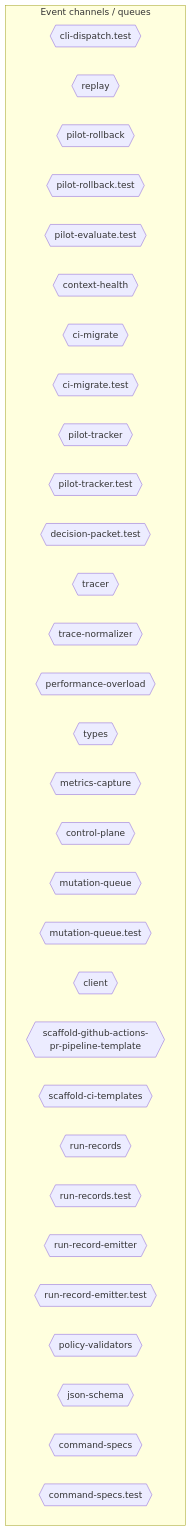
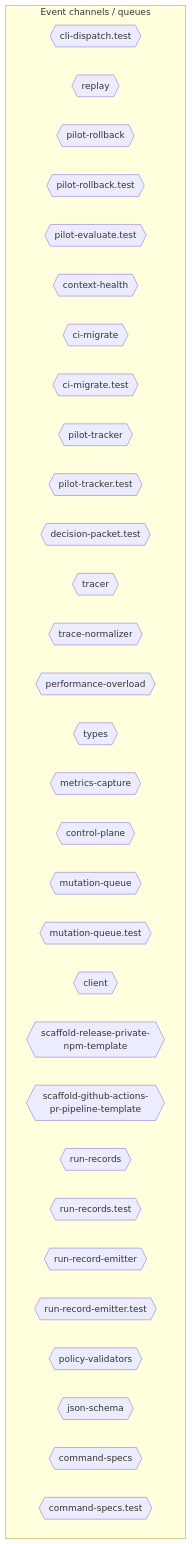
The sixth of 10 diagrams in AI/context/diagram-context.md (jscraik/coding-harness), drawn with Mermaid before and after one commit. The commit also changed other lines of this file and 4 other files, not shown here.

First line of the commit message:
refactor(init): extract private npm release renderer

````diff
--- a/AI/context/diagram-context.md
+++ b/AI/context/diagram-context.md
@@ -2055,37 +2058,37 @@
 ```mermaid
 flowchart TD
   subgraph Channels["Event channels / queues"]
     cli_dispatch_test_54c9f17b{{"cli-dispatch.test"}}
     replay_ac203c98{{"replay"}}
     pilot_rollback_00c1f82c{{"pilot-rollback"}}
     pilot_rollback_test_e61d5a2b{{"pilot-rollback.test"}}
     pilot_evaluate_test_a2ac06fc{{"pilot-evaluate.test"}}
     context_health_80bb7da9{{"context-health"}}
     ci_migrate_78bb70b1{{"ci-migrate"}}
     ci_migrate_test_2a015bb9{{"ci-migrate.test"}}
     pilot_tracker_5c767813{{"pilot-tracker"}}
     pilot_tracker_test_80398a66{{"pilot-tracker.test"}}
     decision_packet_test_9ea0e97b{{"decision-packet.test"}}
     tracer_1e6243a2{{"tracer"}}
     trace_normalizer_cb1be1d2{{"trace-normalizer"}}
     performance_overload_c685bfcf{{"performance-overload"}}
     types_9_1db4641f{{"types"}}
     metrics_capture_1d1a2c08{{"metrics-capture"}}
     control_plane_96826665{{"control-plane"}}
     mutation_queue_ce5a530e{{"mutation-queue"}}
     mutation_queue_test_10b599e8{{"mutation-queue.test"}}
     client_1_914e1681{{"client"}}
+    scaffold_release_private_npm_template_075499f8{{"scaffold-release-private-npm-template"}}
     scaffold_github_actions_pr_pipeline_template_e2b85f62{{"scaffold-github-actions-pr-pipeline-template"}}
-    scaffold_ci_templates_2afd6392{{"scaffold-ci-templates"}}
     run_records_f616aa7c{{"run-records"}}
     run_records_test_3ee6a0e3{{"run-records.test"}}
     run_record_emitter_00168a3a{{"run-record-emitter"}}
     run_record_emitter_test_5475c0da{{"run-record-emitter.test"}}
     policy_validators_6682e192{{"policy-validators"}}
     json_schema_74a768d7{{"json-schema"}}
     command_specs_69167c63{{"command-specs"}}
     command_specs_test_7f693e85{{"command-specs.test"}}
   end
   classDef eventNode fill:#db2777,color:#fff
 
 ```
````
